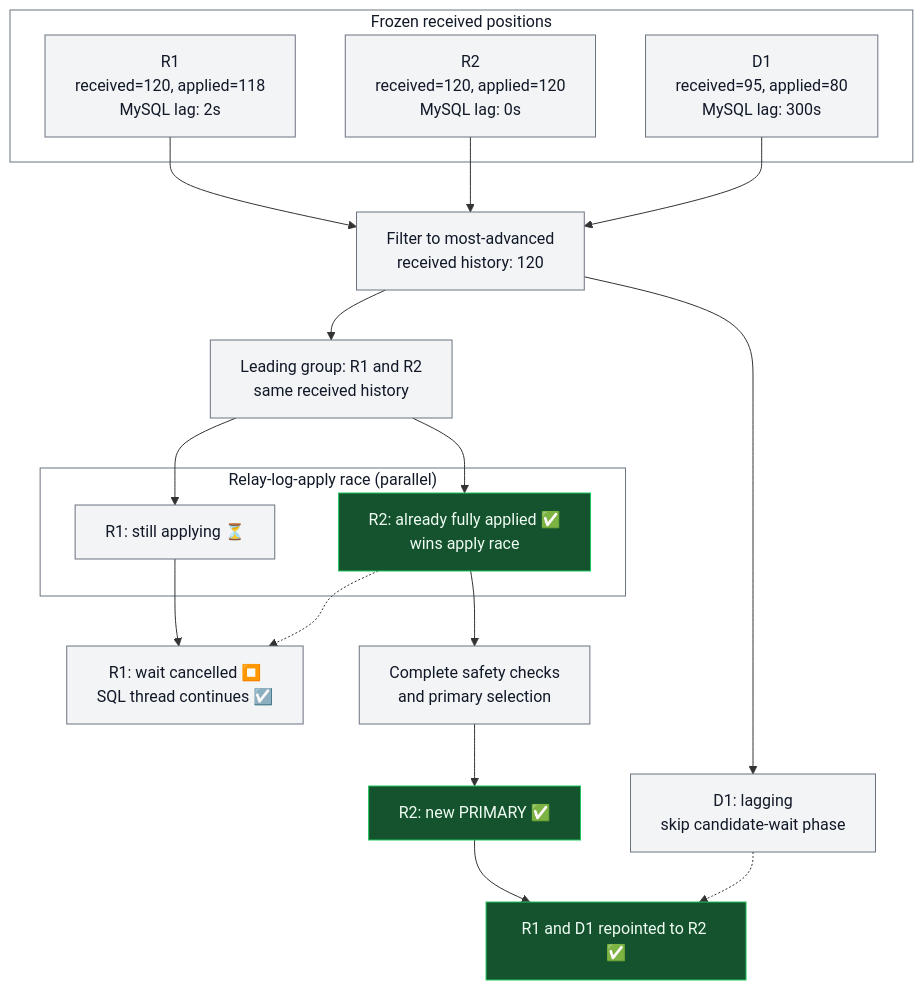
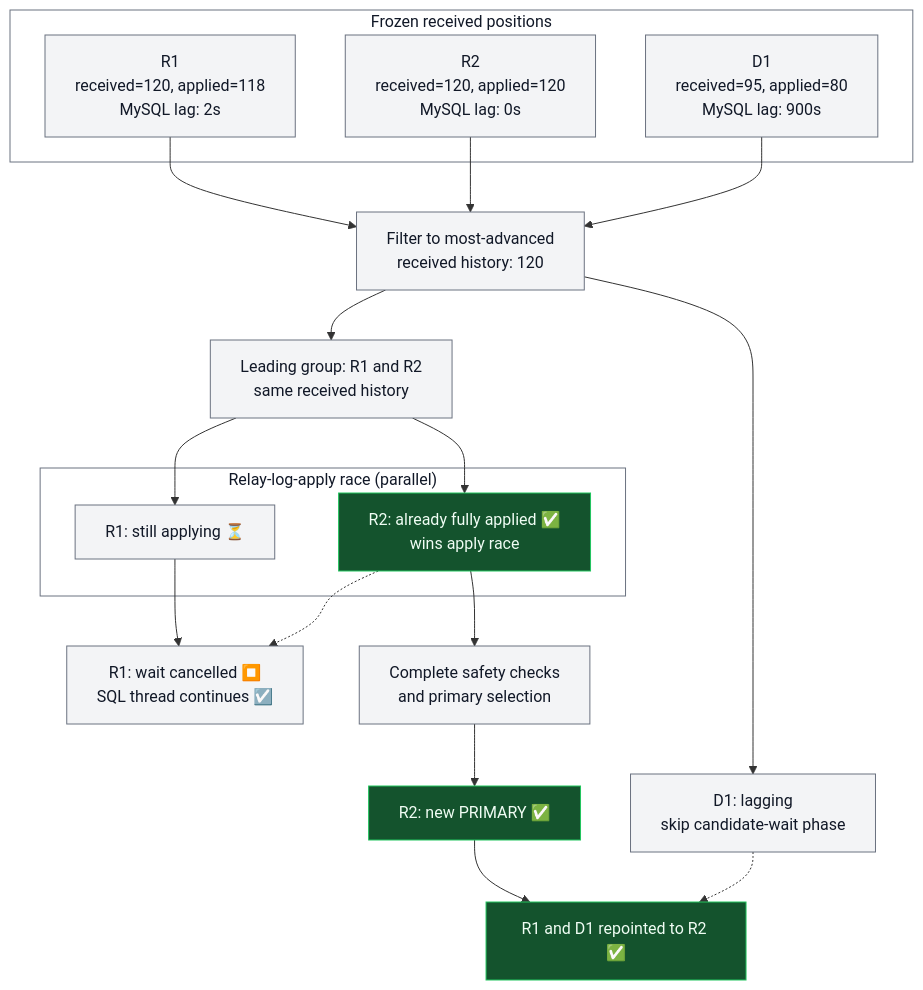
One commit to vitessio/website changed the third of 3 diagrams in content/en/blog/2026-09-24-hardening-emergency-reparent-shard.md. Above: the diagram before and after it, drawn with Mermaid.

Commit message:
Update ERS lag example

````diff
--- a/content/en/blog/2026-09-24-hardening-emergency-reparent-shard.md
+++ b/content/en/blog/2026-09-24-hardening-emergency-reparent-shard.md
@@ -98,34 +98,34 @@
 ```mermaid
 graph TD
     subgraph Positions["Frozen received positions"]
         R1["R1<br/>received=120, applied=118<br/>MySQL lag: 2s"]
         R2["R2<br/>received=120, applied=120<br/>MySQL lag: 0s"]
-        D1["D1<br/>received=95, applied=80<br/>MySQL lag: 300s"]
+        D1["D1<br/>received=95, applied=80<br/>MySQL lag: 900s"]
     end
 
     R1 --> Filter["Filter to most-advanced<br/>received history: 120"]
     R2 --> Filter
     D1 --> Filter
     Filter --> Leading["Leading group: R1 and R2<br/>same received history"]
     Filter --> Skipped["D1: lagging<br/>skip candidate-wait phase"]
 
     Leading --> ApplyR1
     Leading --> ApplyR2
     subgraph Race["Relay-log-apply race (parallel)"]
         ApplyR1["R1: still applying ⏳"]
         ApplyR2["R2: already fully applied ✅<br/>wins apply race"]
     end
 
     ApplyR1 --> Cancelled["R1: wait cancelled ⏹️<br/>SQL thread continues ☑️"]
     ApplyR2 -.-> Cancelled
     ApplyR2 --> Checks["Complete safety checks<br/>and primary selection"]
     Checks --> Primary["R2: new PRIMARY ✅"]
     Primary --> Repoint["R1 and D1 repointed to R2 ✅"]
     Skipped -.-> Repoint
 
     classDef default fill:#f3f4f6,stroke:#6b7280,color:#111827
     classDef completed fill:#14532d,stroke:#22c55e,color:#f0fdf4
     class ApplyR2,Primary,Repoint completed
     style Positions fill:#ffffff,stroke:#6b7280,color:#111827
     style Race fill:#ffffff,stroke:#6b7280,color:#111827
 ```
````
